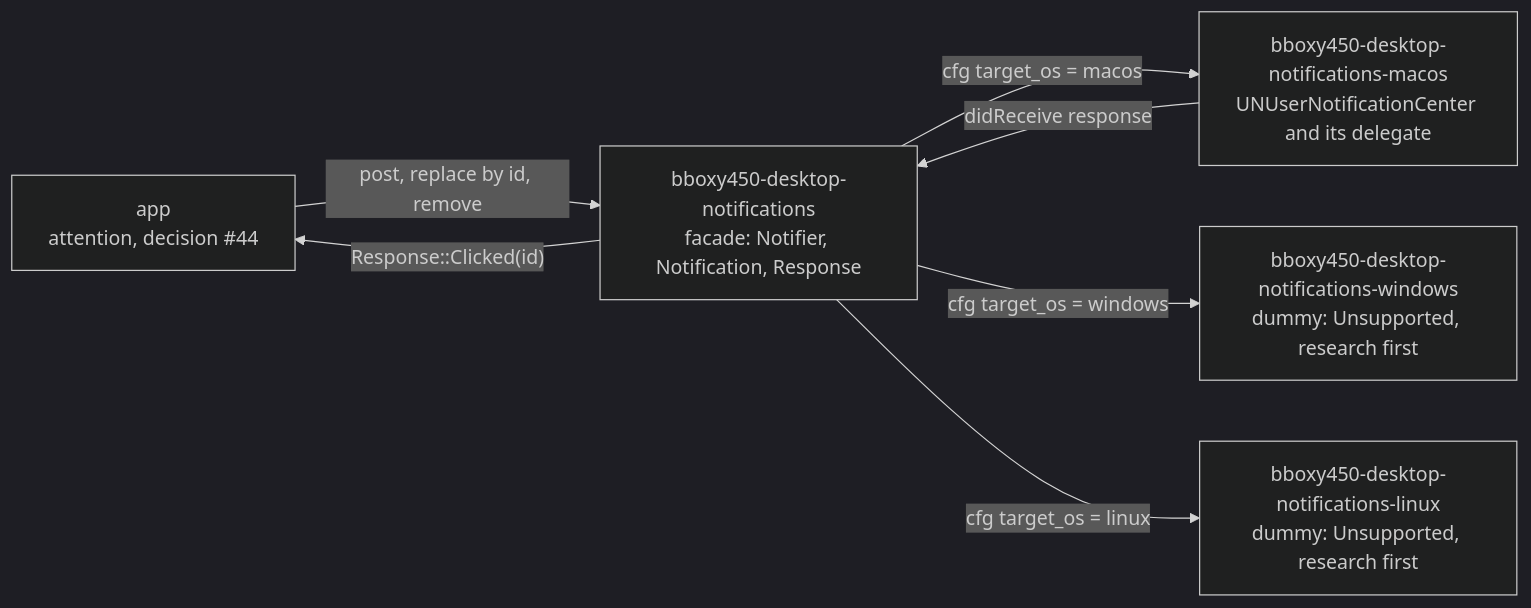
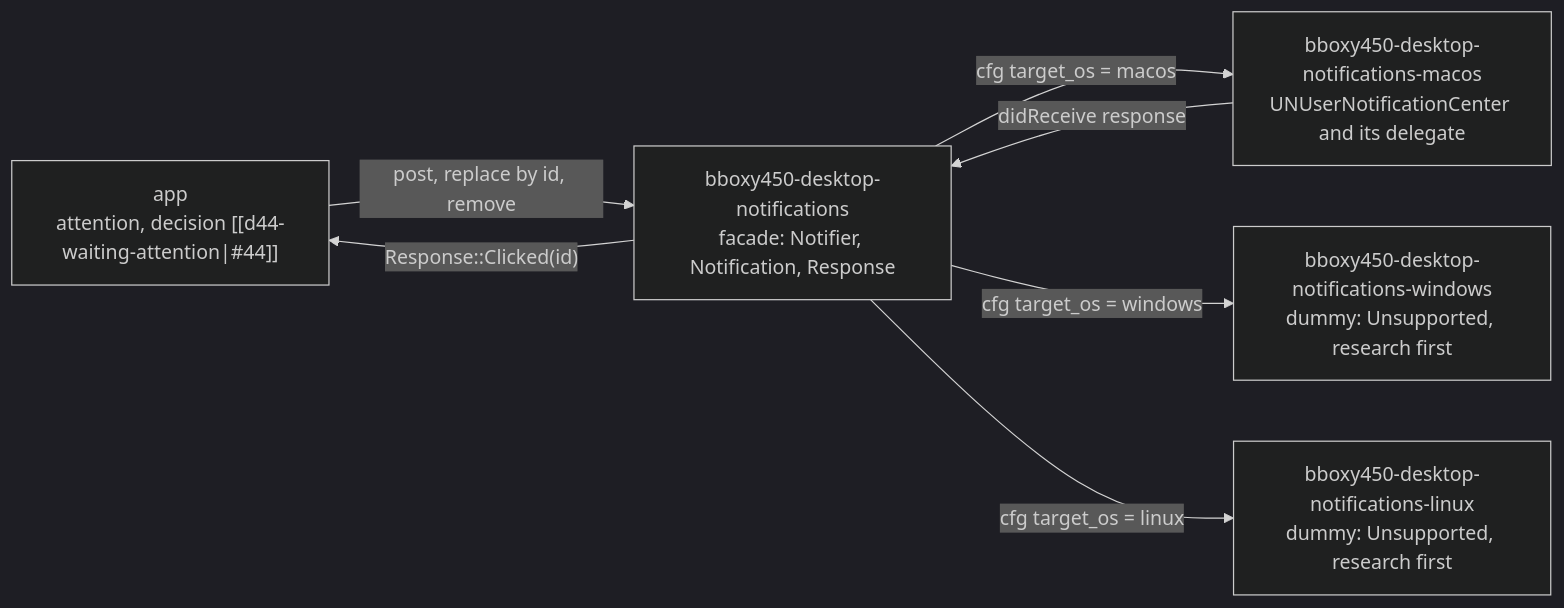
Before and after one commit to bboxy450/bboxy450-term: the diagram in .bboxy/specs/desktop-notifications.md, drawn with Mermaid (dark theme). The commit also changed other lines of this file and 209 other files, not shown here.

````diff
--- a/.bboxy/specs/desktop-notifications.md
+++ b/.bboxy/specs/desktop-notifications.md
@@ -22,9 +28,9 @@
 ```mermaid
 flowchart LR
-  APP["app<br/>attention, decision #44"] -- "post, replace by id, remove" --> F["bboxy450-desktop-notifications<br/>facade: Notifier, Notification, Response"]
+  APP["app<br/>attention, decision [[d44-waiting-attention|#44]]"] -- "post, replace by id, remove" --> F["bboxy450-desktop-notifications<br/>facade: Notifier, Notification, Response"]
   F -- "cfg target_os = macos" --> M["bboxy450-desktop-notifications-macos<br/>UNUserNotificationCenter and its delegate"]
   F -- "cfg target_os = windows" --> W["bboxy450-desktop-notifications-windows<br/>dummy: Unsupported, research first"]
   F -- "cfg target_os = linux" --> L["bboxy450-desktop-notifications-linux<br/>dummy: Unsupported, research first"]
   M -- "didReceive response" --> F
   F -- "Response::Clicked(id)" --> APP
 ```
````
